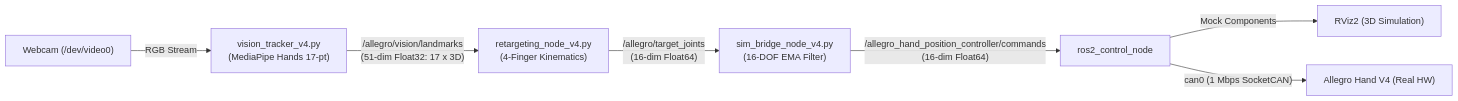
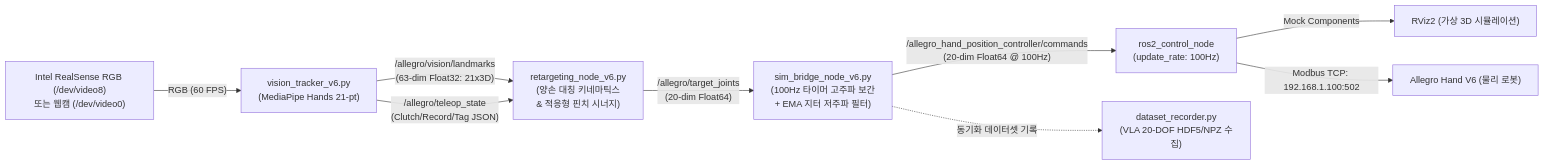
Before and after one commit to jacoblee1214/allegro_vision_teleop: the second of 2 diagrams in README.md, drawn with Mermaid. The commit also changed other lines of this file and 14 other files, not shown here.

First line of the commit message:
feat: unified bilateral teleop pipeline, left thumb kinematics fix, and handover guide

````diff
--- a/README.md
+++ b/README.md
@@ -23,9 +144,11 @@
 ```mermaid
 flowchart LR
-    A["Webcam (/dev/video0)"] -->|"RGB Stream"| B["vision_tracker_v4.py<br/>(MediaPipe Hands 17-pt)"]
-    B -->|"/allegro/vision/landmarks<br/>(51-dim Float32: 17 x 3D)"| C["retargeting_node_v4.py<br/>(4-Finger Kinematics)"]
-    C -->|"/allegro/target_joints<br/>(16-dim Float64)"| D["sim_bridge_node_v4.py<br/>(16-DOF EMA Filter)"]
-    D -->|"/allegro_hand_position_controller/commands<br/>(16-dim Float64)"| E["ros2_control_node"]
-    E -->|"Mock Components"| F["RViz2 (3D Simulation)"]
-    E -->|"can0 (1 Mbps SocketCAN)"| G["Allegro Hand V4 (Real HW)"]
+    A["Intel RealSense RGB (/dev/video8)<br/>또는 웹캠 (/dev/video0)"] -->|"RGB (60 FPS)"| B["vision_tracker_v6.py<br/>(MediaPipe Hands 21-pt)"]
+    B -->|"/allegro/vision/landmarks<br/>(63-dim Float32: 21x3D)"| C["retargeting_node_v6.py<br/>(양손 대칭 키네마틱스<br/>& 적응형 핀치 시너지)"]
+    B -->|"/allegro/teleop_state<br/>(Clutch/Record/Tag JSON)"| C
+    C -->|"/allegro/target_joints<br/>(20-dim Float64)"| D["sim_bridge_node_v6.py<br/>(100Hz 타이머 고주파 보간<br/>+ EMA 지터 저주파 필터)"]
+    D -->|"/allegro_hand_position_controller/commands<br/>(20-dim Float64 @ 100Hz)"| E["ros2_control_node<br/>(update_rate: 100Hz)"]
+    E -->|"Mock Components"| F["RViz2 (가상 3D 시뮬레이션)"]
+    E -->|"Modbus TCP: 192.168.1.100:502"| G["Allegro Hand V6 (물리 로봇)"]
+    D -.->|"동기화 데이터셋 기록"| H["dataset_recorder.py<br/>(VLA 20-DOF HDF5/NPZ 수집)"]
 ```
````
